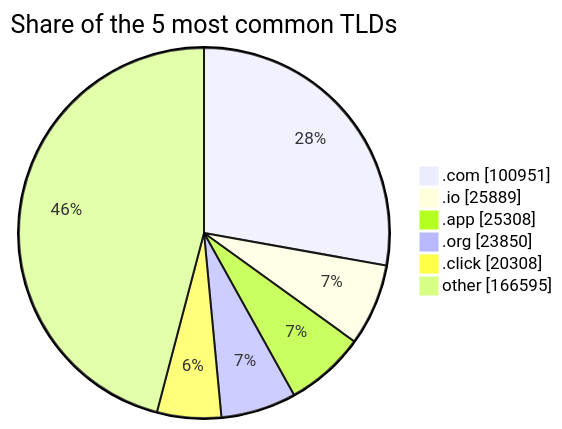
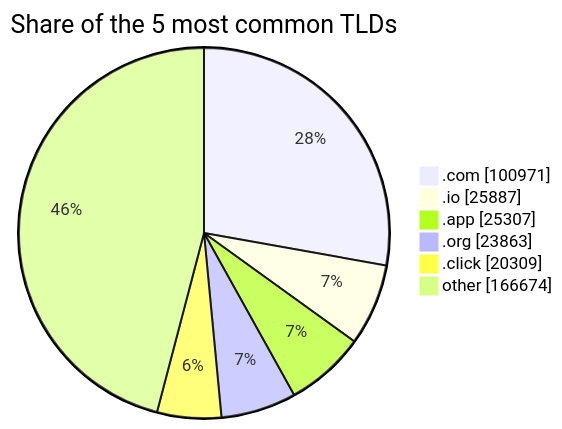
The third of 3 diagrams in README.md (DNSBunker/CTI), drawn with Mermaid before and after one commit. The commit also changed other lines of this file and 3 other files, not shown here.

````diff
--- a/README.md
+++ b/README.md
@@ -81,9 +81,9 @@
 ```mermaid
 pie showData title Share of the 5 most common TLDs
-    ".com" : 100951
-    ".io" : 25889
-    ".app" : 25308
-    ".org" : 23850
-    ".click" : 20308
-    "other" : 166595
+    ".com" : 100971
+    ".io" : 25887
+    ".app" : 25307
+    ".org" : 23863
+    ".click" : 20309
+    "other" : 166674
 ```
````
